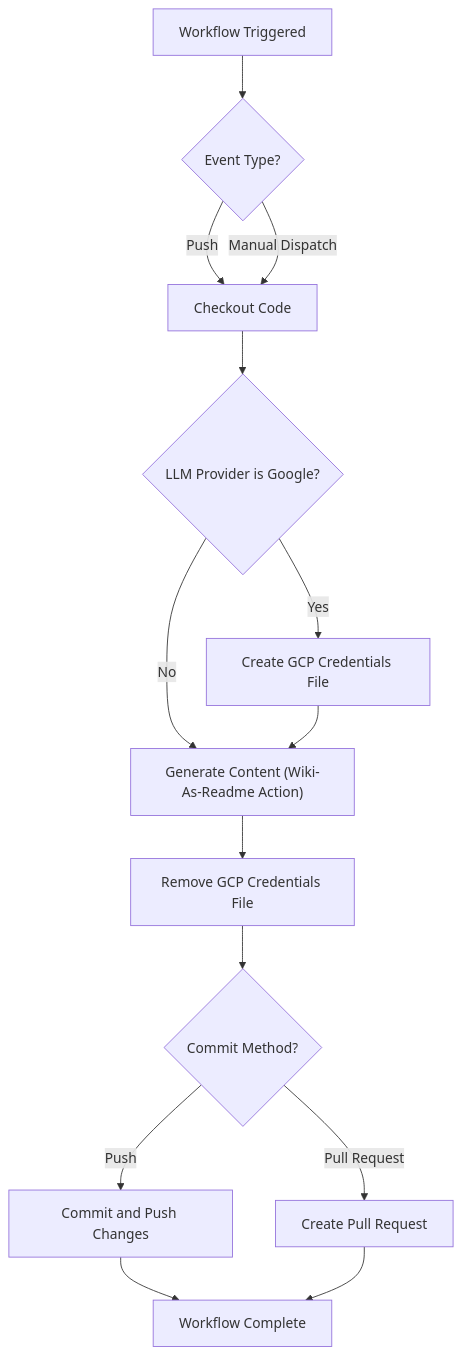
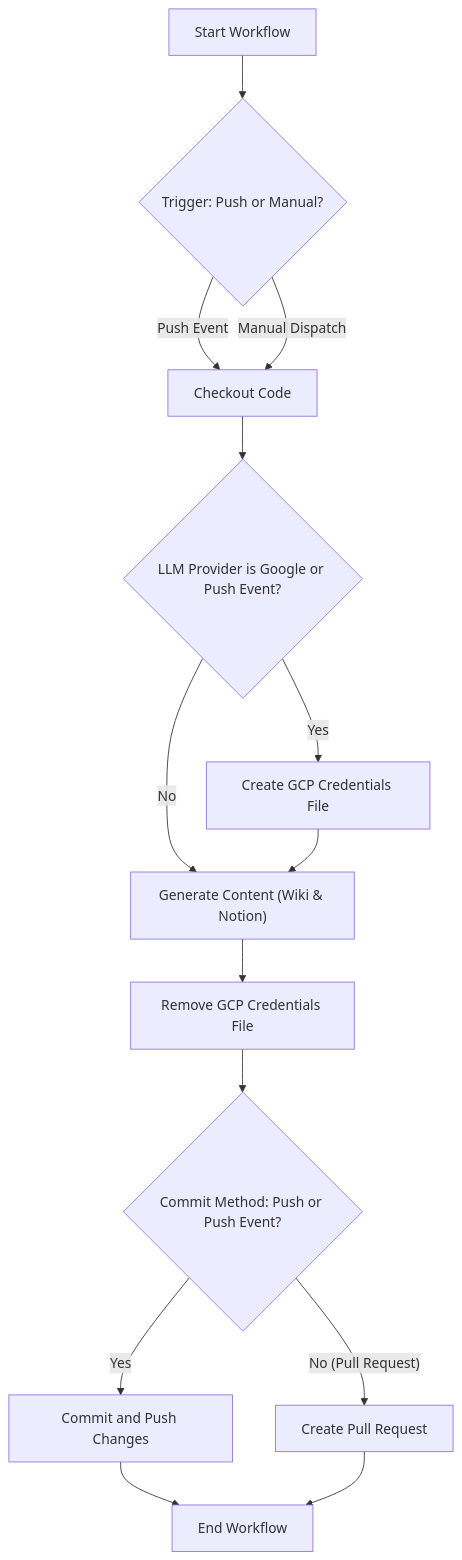
Before and after one commit to catuscio/wiki-as-readme: the fifth of 14 diagrams in examples/wiki_as_README.md, drawn with Mermaid. The commit also changed other lines of this file, not shown here.

Commit message:
✨📚 Update examples/wiki_as_README.md via Wiki-As-Readme Action (en)

````diff
--- a/examples/wiki_as_README.md
+++ b/examples/wiki_as_README.md
@@ -623,16 +798,21 @@
 ```mermaid
 graph TD
-    A["Workflow Triggered"] --> B{"Event Type?"}
-    B -- "Push" --> C["Checkout Code"]
+    A["Start Workflow"] --> B{"Trigger: Push or Manual?"}
+
+    B -- "Push Event" --> C["Checkout Code"]
     B -- "Manual Dispatch" --> C
-    C --> D{"LLM Provider is Google?"}
+
+    C --> D{"LLM Provider is Google or Push Event?"}
     D -- "Yes" --> E["Create GCP Credentials File"]
-    D -- "No" --> F["Generate Content (Wiki-As-Readme Action)"]
+    D -- "No" --> F["Generate Content (Wiki & Notion)"]
+
     E --> F
     F --> G["Remove GCP Credentials File"]
-    G --> H{"Commit Method?"}
-    H -- "Push" --> I["Commit and Push Changes"]
-    H -- "Pull Request" --> J["Create Pull Request"]
-    I --> K["Workflow Complete"]
+    G --> H{"Commit Method: Push or Push Event?"}
+
+    H -- "Yes" --> I["Commit and Push Changes"]
+    H -- "No (Pull Request)" --> J["Create Pull Request"]
+
+    I --> K["End Workflow"]
     J --> K
 ```
````
